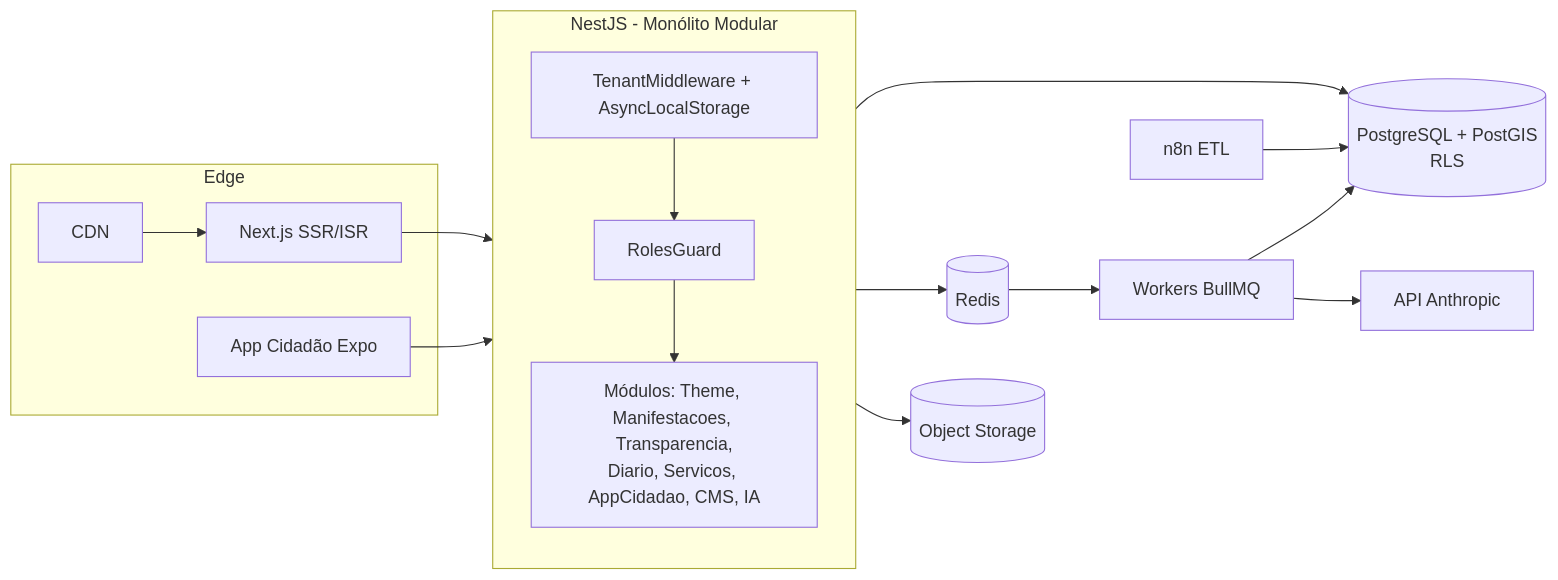
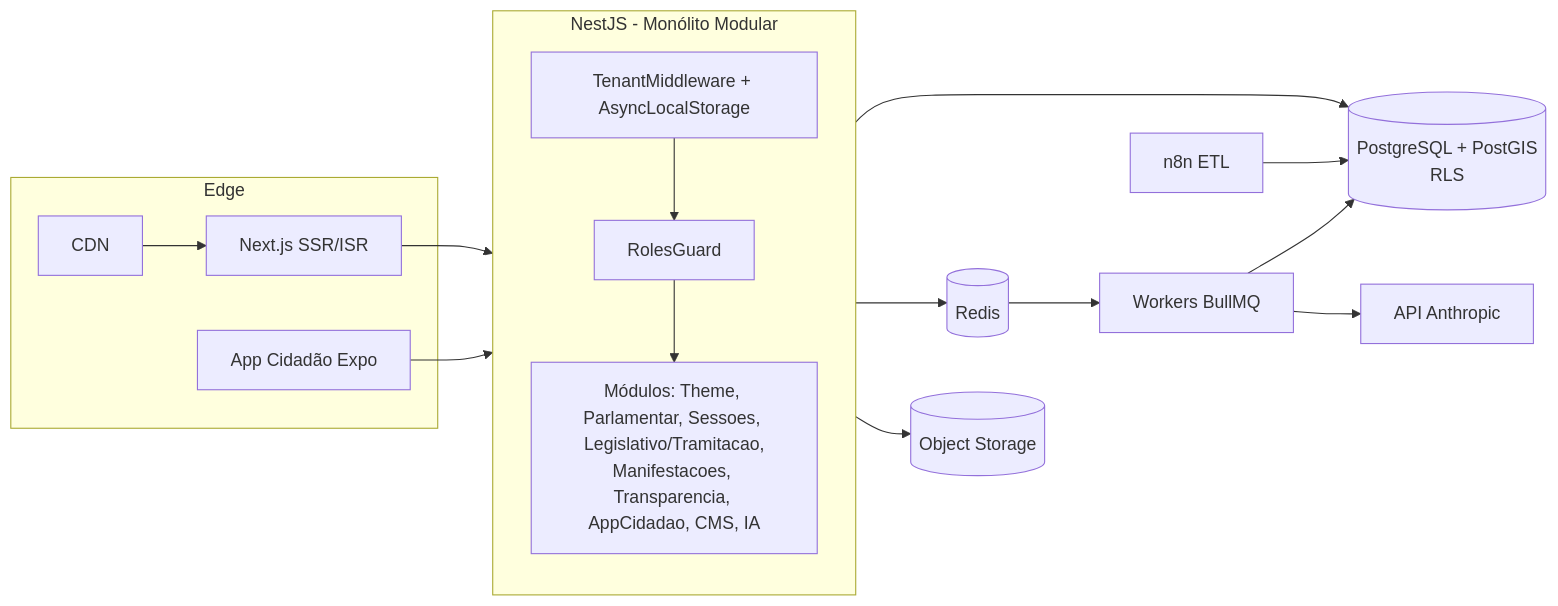
Before and after one commit to lideratecnologiaegestao/PortalCMsLidera: the first of 2 diagrams in docs/01-arquitetura.md, drawn with Mermaid. The commit also changed other lines of this file and 27 other files, not shown here.

````diff
--- a/docs/01-arquitetura.md
+++ b/docs/01-arquitetura.md
@@ -17,21 +19,21 @@
 ```mermaid
 flowchart LR
     subgraph Edge
         CDN[CDN] --> Web[Next.js SSR/ISR]
         App[App Cidadão Expo]
     end
     Web --> API
     App --> API
     subgraph API[NestJS - Monólito Modular]
         direction TB
         T[TenantMiddleware + AsyncLocalStorage] --> G[RolesGuard]
-        G --> Mod[Módulos: Theme, Manifestacoes, Transparencia,<br/>Diario, Servicos, AppCidadao, CMS, IA]
+        G --> Mod[Módulos: Theme, Parlamentar, Sessoes, Legislativo/Tramitacao,<br/>Manifestacoes, Transparencia, AppCidadao, CMS, IA]
     end
     Mod --> DB[(PostgreSQL + PostGIS<br/>RLS)]
     Mod --> R[(Redis)]
     R --> W[Workers BullMQ]
     W --> DB
     N8N[n8n ETL] --> DB
     Mod --> OBJ[(Object Storage)]
     W --> IA[API Anthropic]
 ```
````
